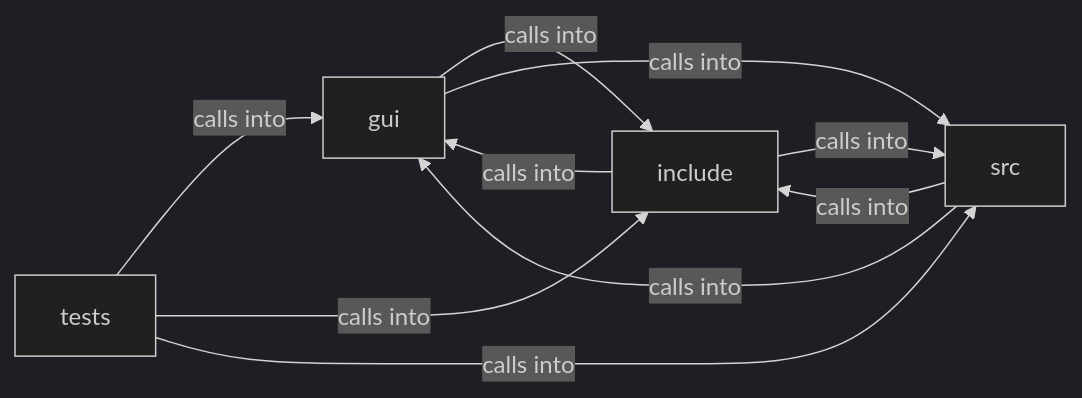
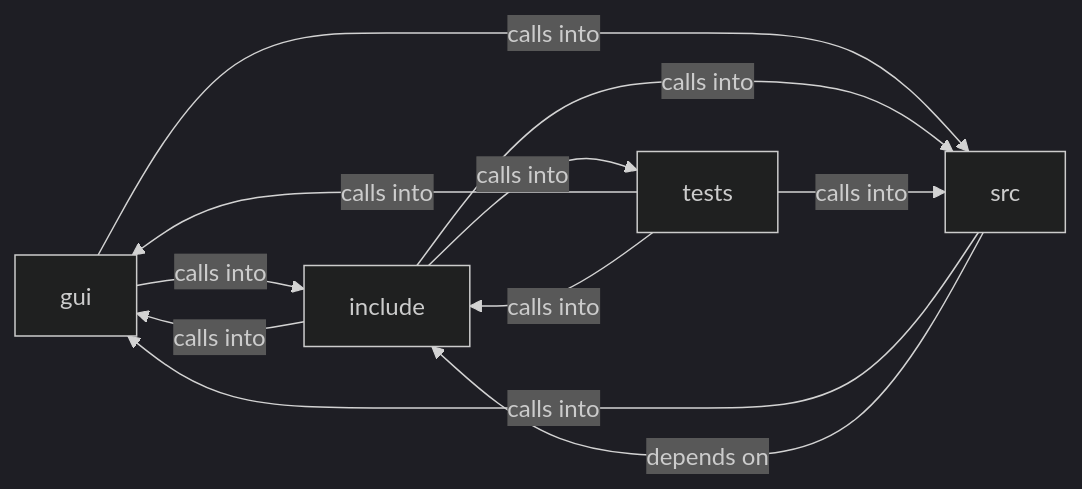
One commit to grisuno/FreeDom changed the diagram in readmenator-diagrams/include_browser_ui.md. Above: the diagram before and after it, drawn with Mermaid (dark theme). The commit also changed other lines of this file and 270 other files, not shown here.

````diff
--- a/readmenator-diagrams/include_browser_ui.md
+++ b/readmenator-diagrams/include_browser_ui.md
@@ -5,16 +5,17 @@
 ```mermaid
 graph LR
     gui["gui"]
     include["include"]
     src["src"]
     tests["tests"]
     gui -- "calls into" --> include
     gui -- "calls into" --> src
     include -- "calls into" --> gui
     include -- "calls into" --> src
+    include -- "calls into" --> tests
     src -- "calls into" --> gui
-    src -- "calls into" --> include
+    src -- "depends on" --> include
     tests -- "calls into" --> gui
     tests -- "calls into" --> include
     tests -- "calls into" --> src
 ```
````
